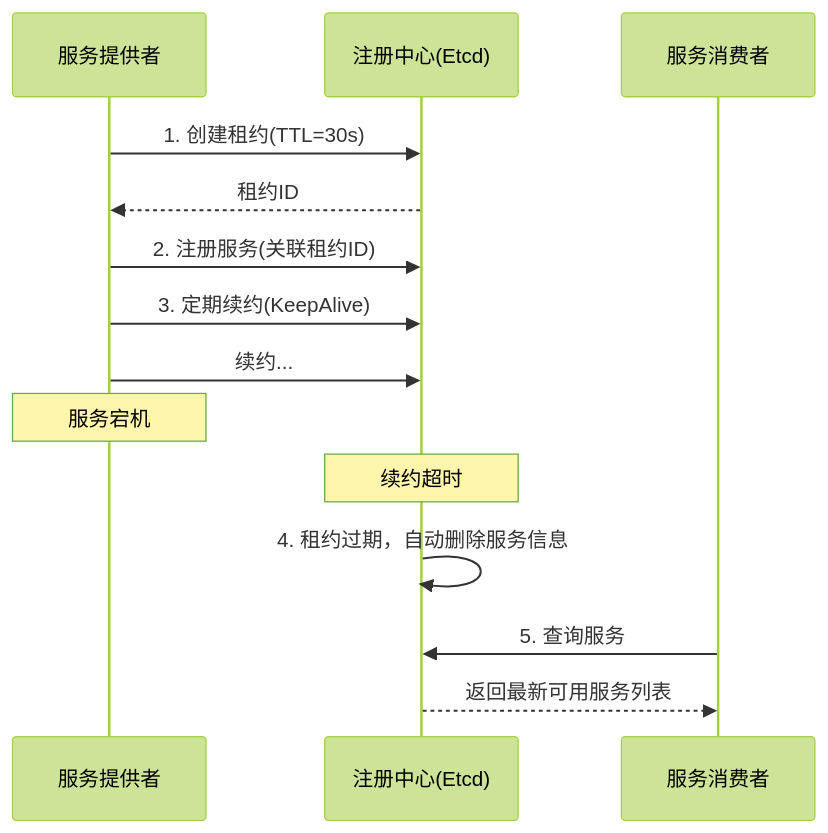
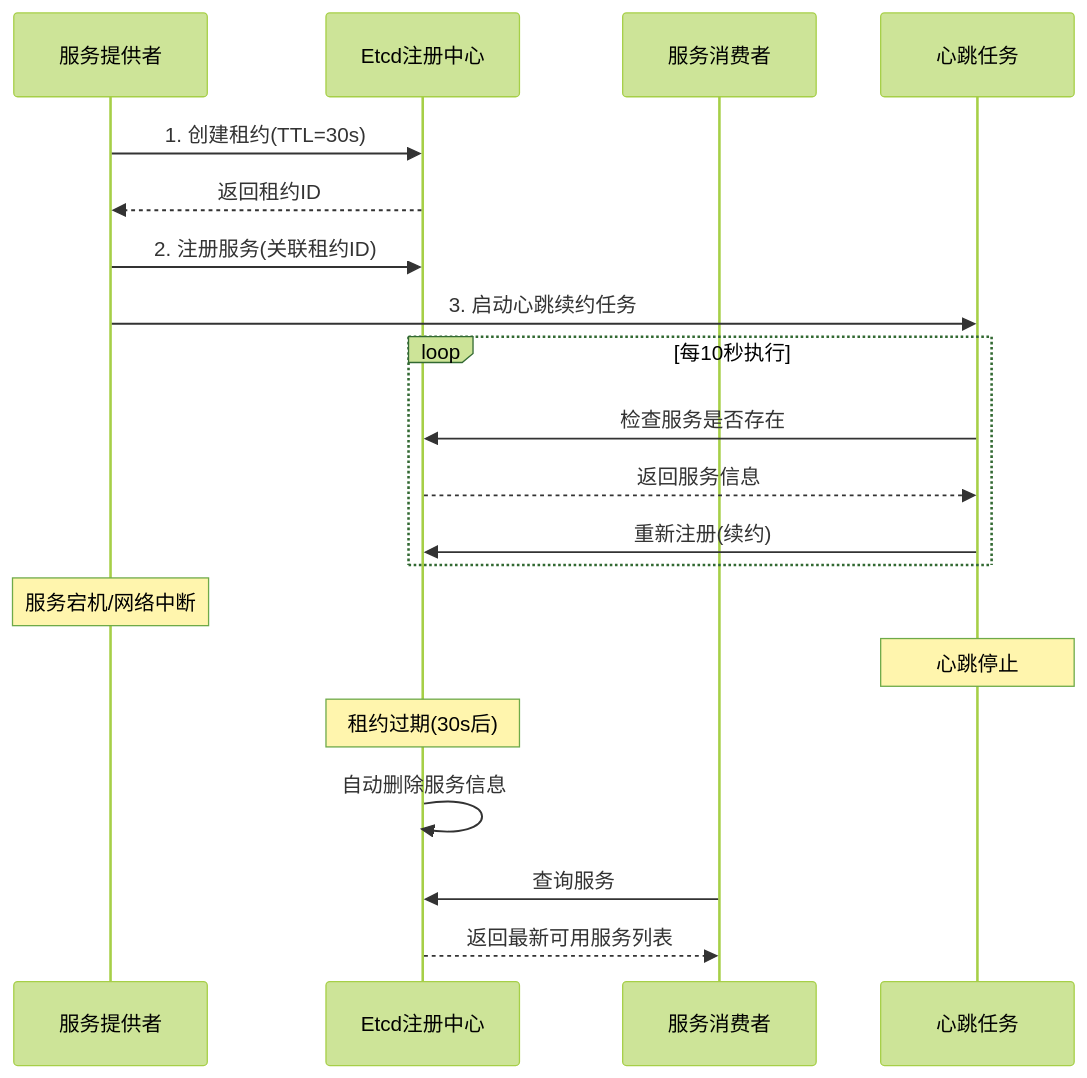
Before and after one commit to 2042159221/learn-RPC: the third of 7 diagrams in doc/注册中心服务信息有效性保障.md, drawn with Mermaid (forest theme). The commit also changed other lines of this file and 30 other files, not shown here.

````diff
--- a/doc/注册中心服务信息有效性保障.md
+++ b/doc/注册中心服务信息有效性保障.md
@@ -59,17 +82,26 @@
 ```mermaid
 sequenceDiagram
-    participant P as 服务提供者
-    participant R as 注册中心(Etcd)
-    participant C as 服务消费者
-    
-    P->>R: 1. 创建租约(TTL=30s)
-    R-->>P: 租约ID
-    P->>R: 2. 注册服务(关联租约ID)
-    P->>R: 3. 定期续约(KeepAlive)
-    P->>R: 续约...
-    Note over P: 服务宕机
-    Note over R: 续约超时
-    R->>R: 4. 租约过期，自动删除服务信息
-    C->>R: 5. 查询服务
-    R-->>C: 返回最新可用服务列表
+    participant Provider as 服务提供者
+    participant Etcd as Etcd注册中心
+    participant Consumer as 服务消费者
+    participant Heartbeat as 心跳任务
+
+    Provider->>Etcd: 1. 创建租约(TTL=30s)
+    Etcd-->>Provider: 返回租约ID
+    Provider->>Etcd: 2. 注册服务(关联租约ID)
+    Provider->>Heartbeat: 3. 启动心跳续约任务
+
+    loop 每10秒执行
+        Heartbeat->>Etcd: 检查服务是否存在
+        Etcd-->>Heartbeat: 返回服务信息
+        Heartbeat->>Etcd: 重新注册(续约)
+    end
+
+    Note over Provider: 服务宕机/网络中断
+    Note over Heartbeat: 心跳停止
+    Note over Etcd: 租约过期(30s后)
+    Etcd->>Etcd: 自动删除服务信息
+
+    Consumer->>Etcd: 查询服务
+    Etcd-->>Consumer: 返回最新可用服务列表
 ```
````
